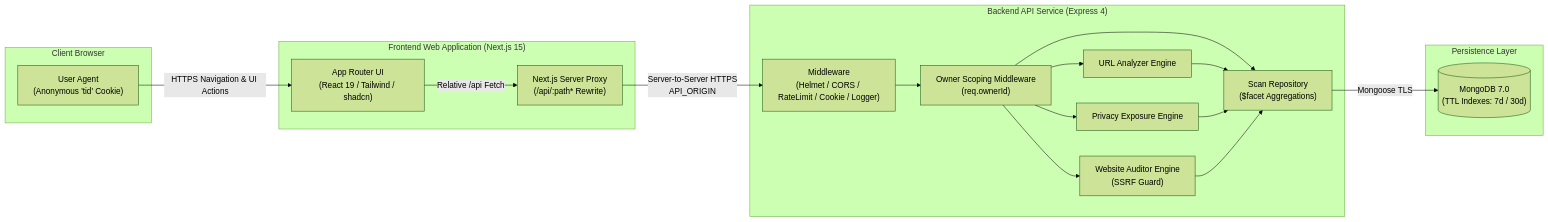
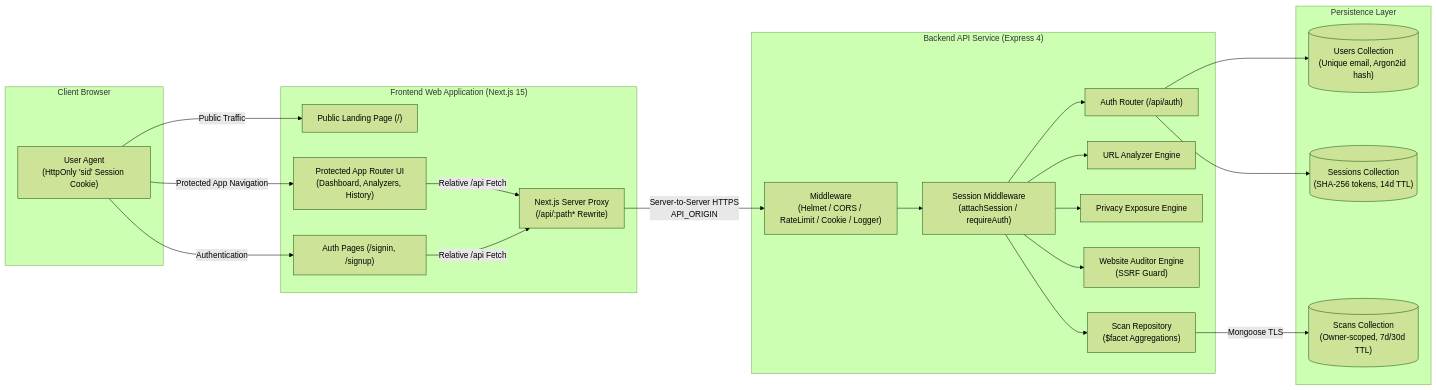
One commit to upendra-devhub/Threatory changed the first of 3 diagrams in docs/architecture.md. Above: the diagram before and after it, drawn with Mermaid (forest theme). The commit also changed other lines of this file and 19 other files, not shown here.

````diff
--- a/docs/architecture.md
+++ b/docs/architecture.md
@@ -11,37 +11,45 @@
 ```mermaid
 flowchart LR
     subgraph Client ["Client Browser"]
-        Browser["User Agent\n(Anonymous 'tid' Cookie)"]
+        Browser["User Agent\n(HttpOnly 'sid' Session Cookie)"]
     end
 
     subgraph Frontend ["Frontend Web Application (Next.js 15)"]
-        UI["App Router UI\n(React 19 / Tailwind / shadcn)"]
+        Landing["Public Landing Page (/)"]
+        AuthUI["Auth Pages (/signin, /signup)"]
+        UI["Protected App Router UI\n(Dashboard, Analyzers, History)"]
         Proxy["Next.js Server Proxy\n(/api/:path* Rewrite)"]
     end
 
     subgraph Backend ["Backend API Service (Express 4)"]
         MW["Middleware\n(Helmet / CORS / RateLimit / Cookie / Logger)"]
-        Owner["Owner Scoping Middleware\n(req.ownerId)"]
+        AuthMW["Session Middleware\n(attachSession / requireAuth)"]
+        AuthRouter["Auth Router (/api/auth)"]
         URLMod["URL Analyzer Engine"]
         PrivMod["Privacy Exposure Engine"]
         SiteMod["Website Auditor Engine\n(SSRF Guard)"]
         Repo["Scan Repository\n($facet Aggregations)"]
     end
 
     subgraph Database ["Persistence Layer"]
-        Mongo[("MongoDB 7.0\n(TTL Indexes: 7d / 30d)")]
+        MongoUser[("Users Collection\n(Unique email, Argon2id hash)")]
+        MongoSession[("Sessions Collection\n(SHA-256 tokens, 14d TTL)")]
+        MongoScans[("Scans Collection\n(Owner-scoped, 7d/30d TTL)")]
     end
 
-    Browser -->|HTTPS Navigation & UI Actions| UI
+    Browser -->|Public Traffic| Landing
+    Browser -->|Authentication| AuthUI
+    Browser -->|Protected App Navigation| UI
     UI -->|Relative /api Fetch| Proxy
+    AuthUI -->|Relative /api Fetch| Proxy
     Proxy -->|Server-to-Server HTTPS\nAPI_ORIGIN| MW
-    MW --> Owner
-    Owner --> URLMod
-    Owner --> PrivMod
-    Owner --> SiteMod
-    Owner --> Repo
-    URLMod --> Repo
-    PrivMod --> Repo
-    SiteMod --> Repo
-    Repo -->|Mongoose TLS| Mongo
+    MW --> AuthMW
+    AuthMW --> AuthRouter
+    AuthMW --> URLMod
+    AuthMW --> PrivMod
+    AuthMW --> SiteMod
+    AuthMW --> Repo
+    AuthRouter --> MongoUser
+    AuthRouter --> MongoSession
+    Repo -->|Mongoose TLS| MongoScans
 ```
````
